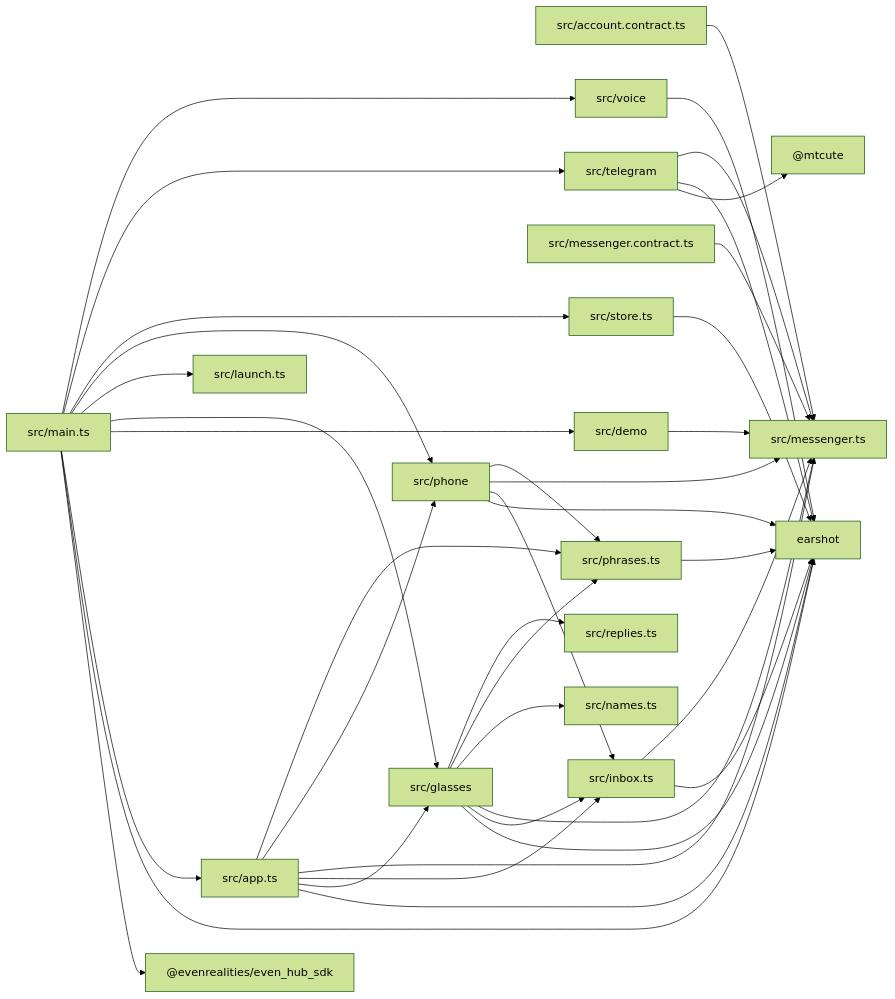
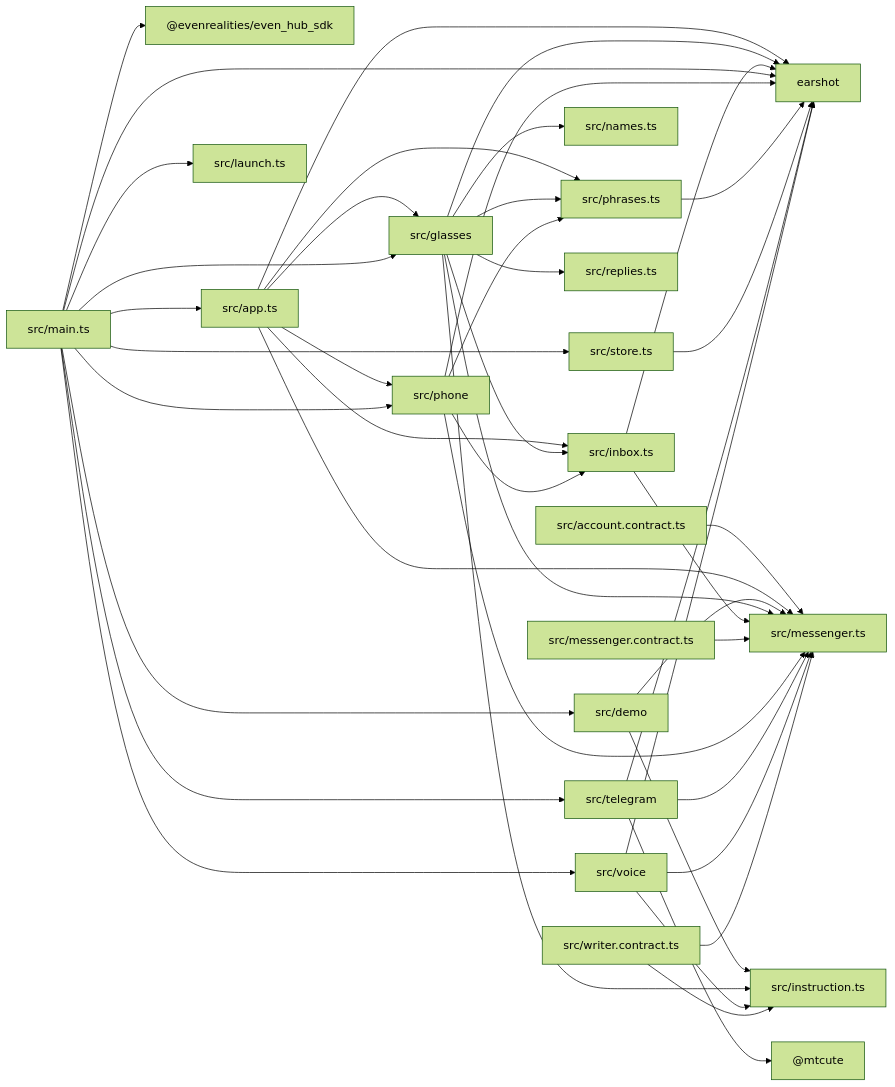
The second of 2 diagrams in docs/architecture.md (jarekbird/paper-plane), drawn with Mermaid (forest theme) before and after one commit. The commit also changed 23 other files, not shown here.

````diff
--- a/docs/architecture.md
+++ b/docs/architecture.md
@@ -67,59 +67,67 @@
 ```mermaid
 flowchart LR
   _evenrealities_even_hub_sdk["@evenrealities/even_hub_sdk"]
   _mtcute["@mtcute"]
   earshot["earshot"]
   src_account_contract_ts["src/account.contract.ts"]
   src_app_ts["src/app.ts"]
   src_demo["src/demo"]
   src_glasses["src/glasses"]
   src_inbox_ts["src/inbox.ts"]
+  src_instruction_ts["src/instruction.ts"]
   src_launch_ts["src/launch.ts"]
   src_main_ts["src/main.ts"]
   src_messenger_contract_ts["src/messenger.contract.ts"]
   src_messenger_ts["src/messenger.ts"]
   src_names_ts["src/names.ts"]
   src_phone["src/phone"]
   src_phrases_ts["src/phrases.ts"]
   src_replies_ts["src/replies.ts"]
   src_store_ts["src/store.ts"]
   src_telegram["src/telegram"]
   src_voice["src/voice"]
+  src_writer_contract_ts["src/writer.contract.ts"]
   src_account_contract_ts --> src_messenger_ts
   src_app_ts --> earshot
   src_app_ts --> src_glasses
   src_app_ts --> src_inbox_ts
   src_app_ts --> src_messenger_ts
   src_app_ts --> src_phone
   src_app_ts --> src_phrases_ts
+  src_demo --> src_instruction_ts
   src_demo --> src_messenger_ts
   src_glasses --> earshot
   src_glasses --> src_inbox_ts
+  src_glasses --> src_instruction_ts
   src_glasses --> src_messenger_ts
   src_glasses --> src_names_ts
   src_glasses --> src_phrases_ts
   src_glasses --> src_replies_ts
   src_inbox_ts --> earshot
   src_inbox_ts --> src_messenger_ts
   src_main_ts --> _evenrealities_even_hub_sdk
   src_main_ts --> earshot
   src_main_ts --> src_app_ts
   src_main_ts --> src_demo
   src_main_ts --> src_glasses
   src_main_ts --> src_launch_ts
   src_main_ts --> src_phone
   src_main_ts --> src_store_ts
   src_main_ts --> src_telegram
   src_main_ts --> src_voice
   src_messenger_contract_ts --> src_messenger_ts
   src_phone --> earshot
   src_phone --> src_inbox_ts
   src_phone --> src_messenger_ts
   src_phone --> src_phrases_ts
   src_phrases_ts --> earshot
   src_store_ts --> earshot
   src_telegram --> _mtcute
   src_telegram --> earshot
   src_telegram --> src_messenger_ts
   src_voice --> earshot
+  src_voice --> src_instruction_ts
+  src_voice --> src_messenger_ts
+  src_writer_contract_ts --> src_instruction_ts
+  src_writer_contract_ts --> src_messenger_ts
 ```
````
